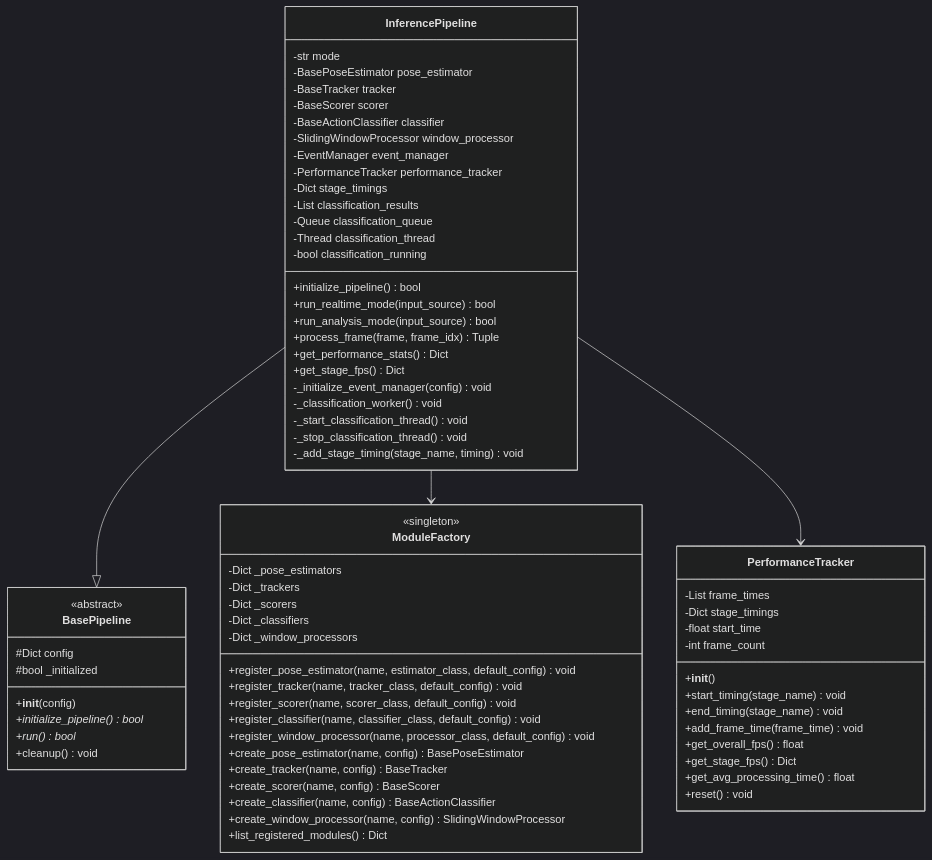
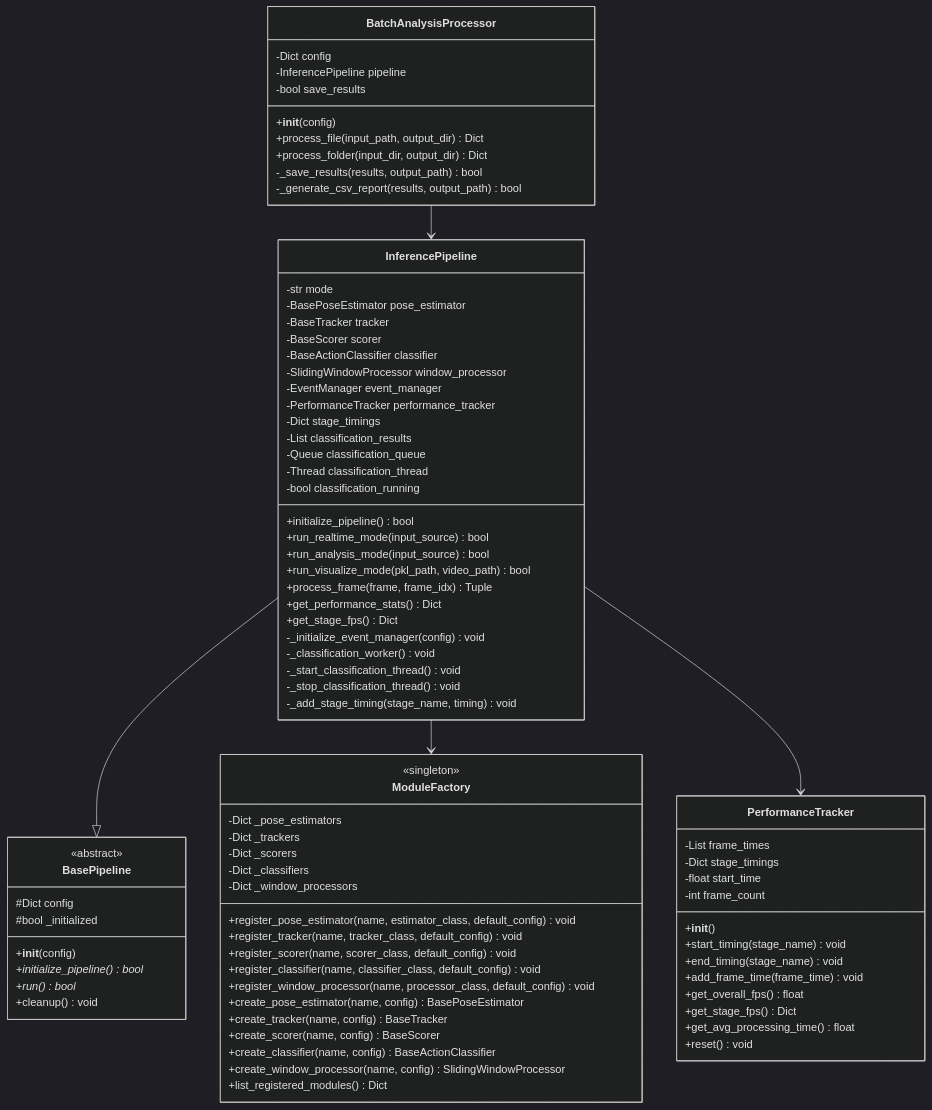
One commit to mars71003219/ar changed the second of 11 diagrams in recognizer/docs/UML_DIAGRAMS.md. Above: the diagram before and after it, drawn with Mermaid (dark theme). The commit also changed other lines of this file and 6 other files, not shown here.

````diff
--- a/recognizer/docs/UML_DIAGRAMS.md
+++ b/recognizer/docs/UML_DIAGRAMS.md
@@ -206,6 +212,7 @@
         +initialize_pipeline() bool
         +run_realtime_mode(input_source) bool
         +run_analysis_mode(input_source) bool
+        +run_visualize_mode(pkl_path, video_path) bool
         +process_frame(frame, frame_idx) Tuple
         +get_performance_stats() Dict
         +get_stage_fps() Dict
@@ -251,7 +258,19 @@
         +reset() void
     }
 
+    class BatchAnalysisProcessor {
+        -Dict config
+        -InferencePipeline pipeline
+        -bool save_results
+        +__init__(config)
+        +process_file(input_path, output_dir) Dict
+        +process_folder(input_dir, output_dir) Dict
+        -_save_results(results, output_path) bool
+        -_generate_csv_report(results, output_path) bool
+    }
+
     InferencePipeline --|> BasePipeline
     InferencePipeline --> ModuleFactory
     InferencePipeline --> PerformanceTracker
+    BatchAnalysisProcessor --> InferencePipeline
 ```
````
